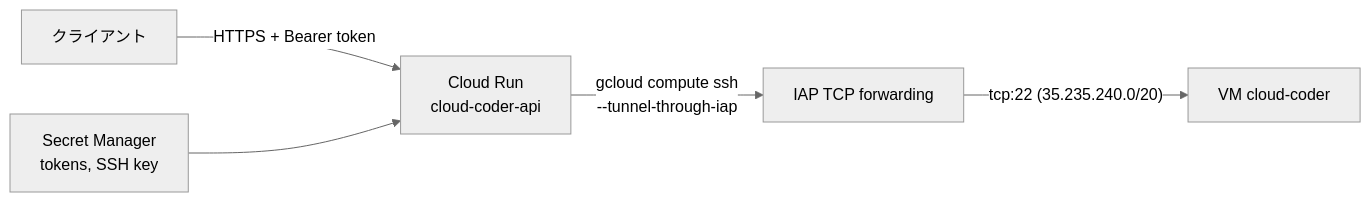
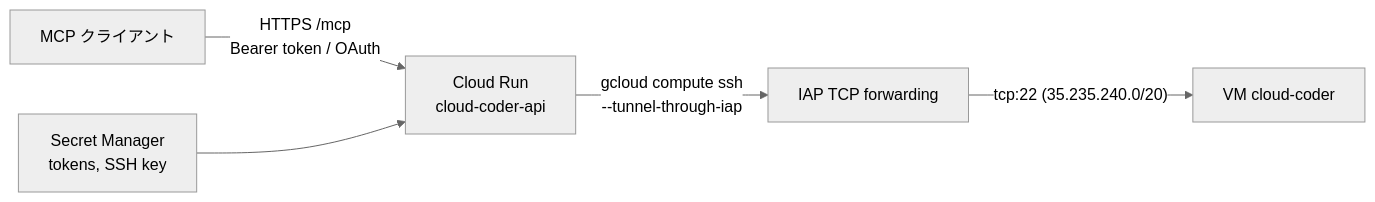
One commit to TTRSQ/cloud-coder changed the diagram in infra/README.md. Above: the diagram before and after it, drawn with Mermaid (neutral theme). The commit also changed other lines of this file and 12 other files, not shown here.

````diff
--- a/infra/README.md
+++ b/infra/README.md
@@ -5,7 +5,7 @@
 ```mermaid
 flowchart LR
-  client[クライアント] -- "HTTPS + Bearer token" --> run[Cloud Run<br>cloud-coder-api]
+  client[MCP クライアント] -- "HTTPS /mcp<br>Bearer token / OAuth" --> run[Cloud Run<br>cloud-coder-api]
   run -- "gcloud compute ssh<br>--tunnel-through-iap" --> iap[IAP TCP forwarding]
   iap -- "tcp:22 (35.235.240.0/20)" --> vm[VM cloud-coder]
   sm[Secret Manager<br>tokens, SSH key] --> run
 ```
````
